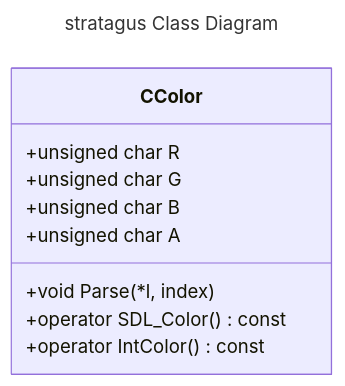
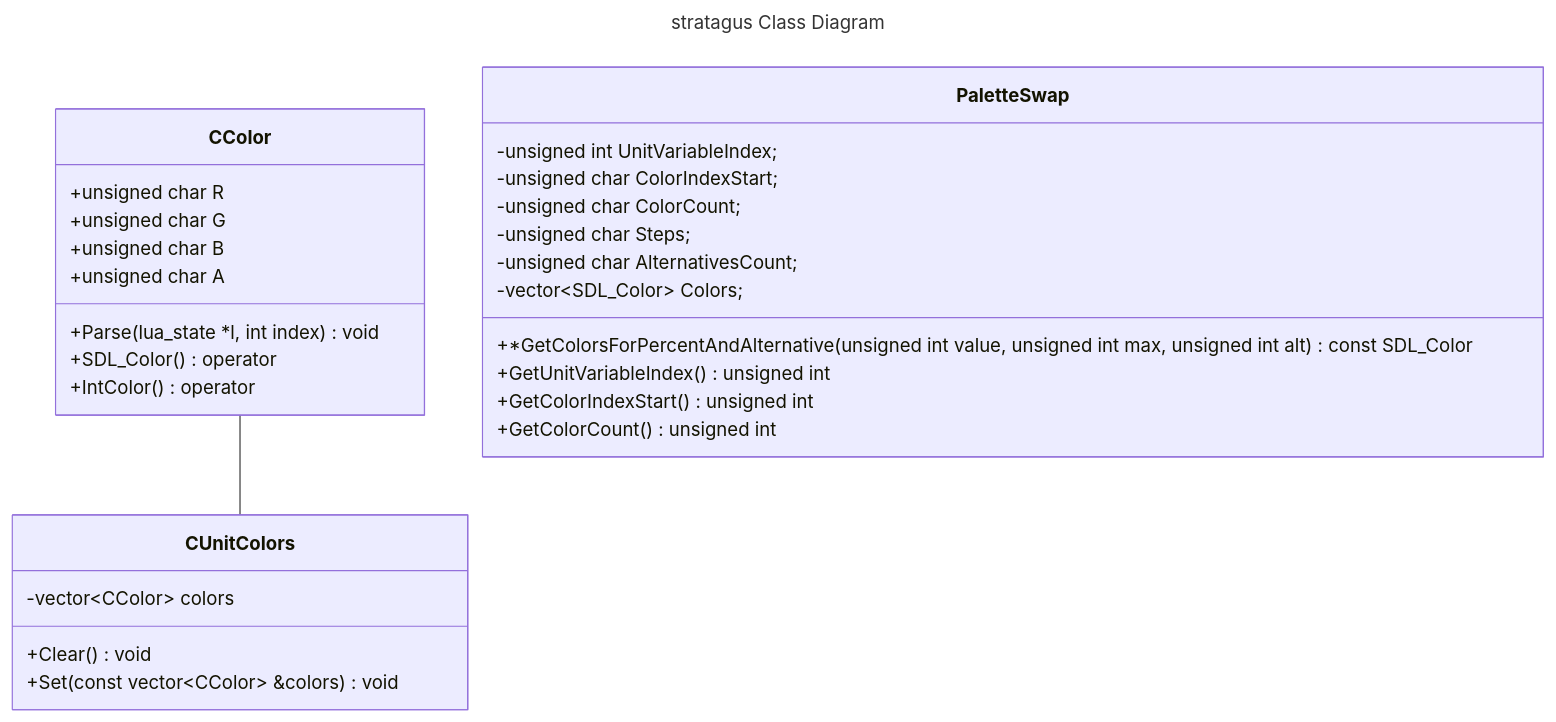
Before and after one commit to SimoneStarace/stratagus: the diagram in uml/class.md, drawn with Mermaid.

Commit message:
Add classes from color.h into class.md

````diff
--- a/uml/class.md
+++ b/uml/class.md
@@ -1,15 +1,36 @@
 ```mermaid
 ---
 title: stratagus Class Diagram
 ---
 classDiagram
-  class CColor{
-    +unsigned char R
-	  +unsigned char G
-	  +unsigned char B
-	  +unsigned char A
-    +void Parse(*l, index)
-    +operator SDL_Color() const
-    +operator IntColor() const
-  }
+	class CColor{
+		+unsigned char R
+		+unsigned char G
+		+unsigned char B
+		+unsigned char A
+		+Parse(lua_state *l, int index) void
+		+SDL_Color() operator
+		+IntColor() operator
+	}
+
+	class CUnitColors{
+		-vector~CColor~ colors
+		+Clear() void
+		+Set(const vector~CColor~ &colors) void
+	}
+
+	class PaletteSwap{
+		-unsigned int UnitVariableIndex;
+		-unsigned char ColorIndexStart;
+		-unsigned char ColorCount;
+		-unsigned char Steps;
+		-unsigned char AlternativesCount;
+		-vector~SDL_Color~ Colors;
+		+*GetColorsForPercentAndAlternative(unsigned int value, unsigned int max, unsigned int alt) const SDL_Color
+		+GetUnitVariableIndex() unsigned int
+		+GetColorIndexStart() unsigned int
+		+GetColorCount() unsigned int
+	}
+
+	CColor -- CUnitColors
 ```
````
